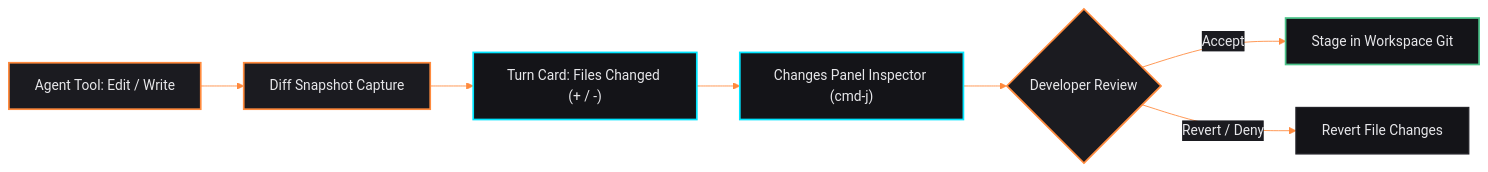
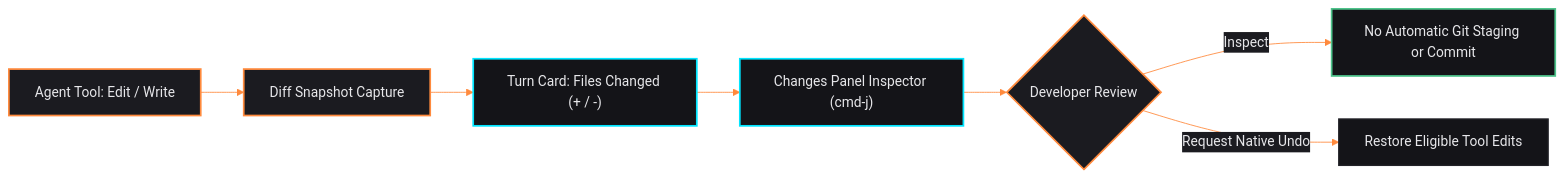
The ninth of 10 diagrams in docs/ARCHITECTURE.md (DevvGwardo/flint), drawn with Mermaid before and after one commit. The commit also changed other lines of this file and 611 other files, not shown here.

````diff
--- a/docs/ARCHITECTURE.md
+++ b/docs/ARCHITECTURE.md
@@ -605,37 +610,37 @@
 ```mermaid
 %%{init: {
   'theme': 'base',
   'themeVariables': {
     'darkMode': true,
     'primaryColor': '#1b1b20',
     'primaryTextColor': '#e7e7ea',
     'primaryBorderColor': '#ff8a3d',
     'lineColor': '#ff8a3d',
     'secondaryColor': '#141418',
     'tertiaryColor': '#0e0e10',
     'mainBkg': '#141418',
     'nodeBorder': '#ff8a3d',
     'clusterBkg': '#141418',
     'clusterBorder': '#222228',
     'defaultLinkColor': '#ff8a3d',
     'titleColor': '#e7e7ea',
     'edgeLabelBackground': '#1b1b20'
   }
 }}%%
 flowchart LR
     classDef default fill:#141418,stroke:#222228,stroke-width:1.5px,color:#e7e7ea;
     classDef ember fill:#1b1b20,stroke:#ff8a3d,stroke-width:2px,color:#e7e7ea;
     classDef green fill:#141418,stroke:#4cc38a,stroke-width:2px,color:#e7e7ea;
     classDef cyan fill:#141418,stroke:#00e5ff,stroke-width:2px,color:#e7e7ea;
 
     Edit["Agent Tool: Edit / Write"] --> Capture["Diff Snapshot Capture"]
     Capture --> Card["Turn Card: Files Changed (+ / -)"]
     Card --> Inspector["Changes Panel Inspector (cmd-j)"]
     Inspector --> Review{"Developer Review"}
-    Review -->|Accept| Commit["Stage in Workspace Git"]
-    Review -->|Revert / Deny| Undo["Revert File Changes"]
+    Review -->|Inspect| Commit["No Automatic Git Staging or Commit"]
+    Review -->|Request Native Undo| Undo["Restore Eligible Tool Edits"]
 
     class Edit,Capture,Review ember;
     class Card,Inspector cyan;
     class Commit green;
 ```
````
